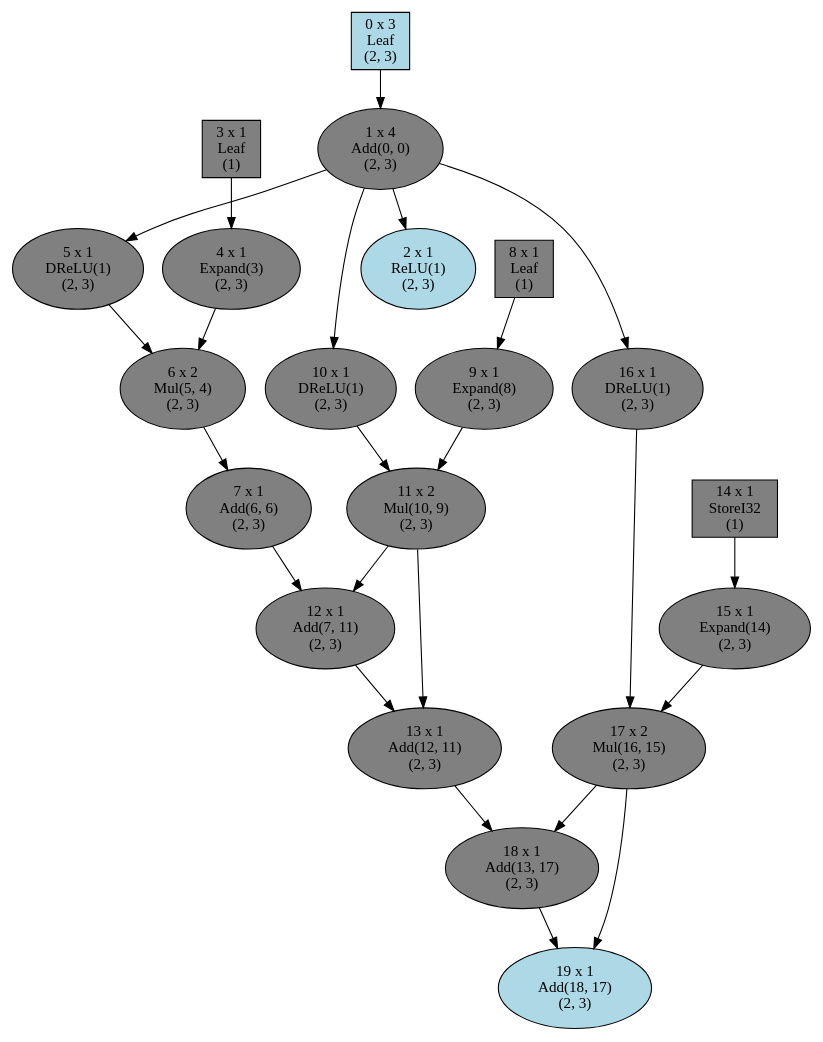
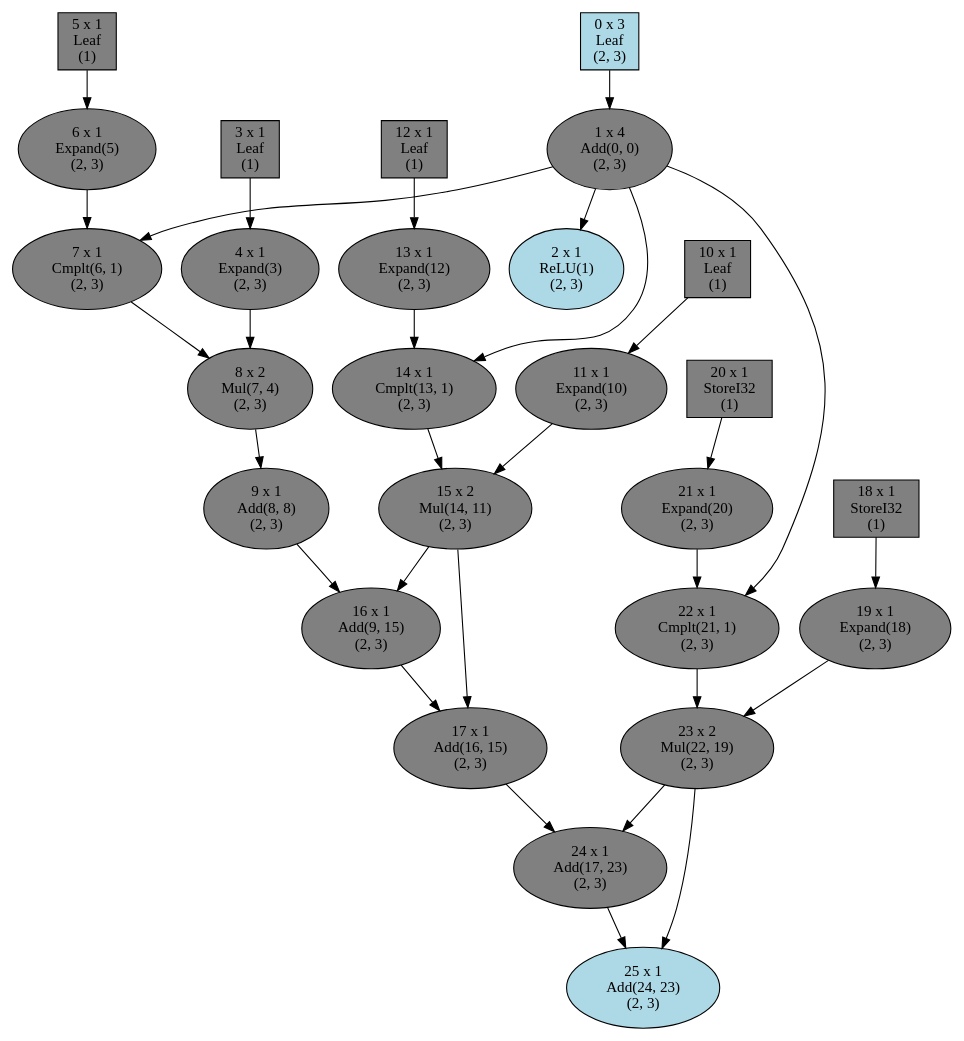
One commit to zk4x/zyx changed the diagram in graph.dot. Above: the diagram before and after it, drawn with Graphviz. The commit also changed 17 other files, not shown here.

```diff
--- a/graph.dot
+++ b/graph.dot
@@ -1,89 +1,113 @@
 strict digraph {
   ordering=in
   rank=source
   0[label="0 x 3
 Leaf
 (2, 3)", shape=box, fillcolor="lightblue", style=filled]
   1[label="1 x 4
 Add(0, 0)
 (2, 3)", shape=oval, fillcolor="grey", style=filled]
   2[label="2 x 1
 ReLU(1)
 (2, 3)", shape=oval, fillcolor="lightblue", style=filled]
   3[label="3 x 1
 Leaf
 (1)", shape=box, fillcolor="grey", style=filled]
   4[label="4 x 1
 Expand(3)
 (2, 3)", shape=oval, fillcolor="grey", style=filled]
   5[label="5 x 1
-DReLU(1)
-(2, 3)", shape=oval, fillcolor="grey", style=filled]
-  6[label="6 x 2
-Mul(5, 4)
+Leaf
+(1)", shape=box, fillcolor="grey", style=filled]
+  6[label="6 x 1
+Expand(5)
 (2, 3)", shape=oval, fillcolor="grey", style=filled]
   7[label="7 x 1
-Add(6, 6)
+Cmplt(6, 1)
 (2, 3)", shape=oval, fillcolor="grey", style=filled]
-  8[label="8 x 1
+  8[label="8 x 2
+Mul(7, 4)
+(2, 3)", shape=oval, fillcolor="grey", style=filled]
+  9[label="9 x 1
+Add(8, 8)
+(2, 3)", shape=oval, fillcolor="grey", style=filled]
+  10[label="10 x 1
 Leaf
 (1)", shape=box, fillcolor="grey", style=filled]
-  9[label="9 x 1
-Expand(8)
-(2, 3)", shape=oval, fillcolor="grey", style=filled]
-  10[label="10 x 1
-DReLU(1)
-(2, 3)", shape=oval, fillcolor="grey", style=filled]
-  11[label="11 x 2
-Mul(10, 9)
+  11[label="11 x 1
+Expand(10)
 (2, 3)", shape=oval, fillcolor="grey", style=filled]
   12[label="12 x 1
-Add(7, 11)
-(2, 3)", shape=oval, fillcolor="grey", style=filled]
+Leaf
+(1)", shape=box, fillcolor="grey", style=filled]
   13[label="13 x 1
-Add(12, 11)
+Expand(12)
 (2, 3)", shape=oval, fillcolor="grey", style=filled]
   14[label="14 x 1
+Cmplt(13, 1)
+(2, 3)", shape=oval, fillcolor="grey", style=filled]
+  15[label="15 x 2
+Mul(14, 11)
+(2, 3)", shape=oval, fillcolor="grey", style=filled]
+  16[label="16 x 1
+Add(9, 15)
+(2, 3)", shape=oval, fillcolor="grey", style=filled]
+  17[label="17 x 1
+Add(16, 15)
+(2, 3)", shape=oval, fillcolor="grey", style=filled]
+  18[label="18 x 1
 StoreI32
 (1)", shape=box, fillcolor="grey", style=filled]
-  15[label="15 x 1
-Expand(14)
+  19[label="19 x 1
+Expand(18)
 (2, 3)", shape=oval, fillcolor="grey", style=filled]
-  16[label="16 x 1
-DReLU(1)
+  20[label="20 x 1
+StoreI32
+(1)", shape=box, fillcolor="grey", style=filled]
+  21[label="21 x 1
+Expand(20)
 (2, 3)", shape=oval, fillcolor="grey", style=filled]
-  17[label="17 x 2
-Mul(16, 15)
+  22[label="22 x 1
+Cmplt(21, 1)
 (2, 3)", shape=oval, fillcolor="grey", style=filled]
-  18[label="18 x 1
-Add(13, 17)
+  23[label="23 x 2
+Mul(22, 19)
 (2, 3)", shape=oval, fillcolor="grey", style=filled]
-  19[label="19 x 1
-Add(18, 17)
+  24[label="24 x 1
+Add(17, 23)
+(2, 3)", shape=oval, fillcolor="grey", style=filled]
+  25[label="25 x 1
+Add(24, 23)
 (2, 3)", shape=oval, fillcolor="lightblue", style=filled]
   0 -> 1
   0 -> 1
   1 -> 2
   3 -> 4
-  1 -> 5
   5 -> 6
-  4 -> 6
   6 -> 7
-  6 -> 7
+  1 -> 7
+  7 -> 8
+  4 -> 8
   8 -> 9
-  1 -> 10
+  8 -> 9
   10 -> 11
-  9 -> 11
-  7 -> 12
-  11 -> 12
   12 -> 13
-  11 -> 13
+  13 -> 14
+  1 -> 14
   14 -> 15
-  1 -> 16
+  11 -> 15
+  9 -> 16
+  15 -> 16
   16 -> 17
   15 -> 17
-  13 -> 18
-  17 -> 18
   18 -> 19
-  17 -> 19
+  20 -> 21
+  21 -> 22
+  1 -> 22
+  22 -> 23
+  19 -> 23
+  17 -> 24
+  23 -> 24
+  24 -> 25
+  23 -> 25
 }
```
